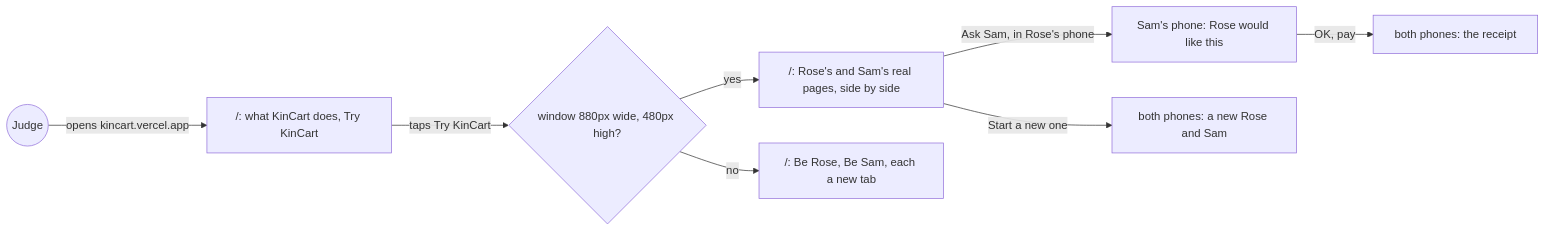
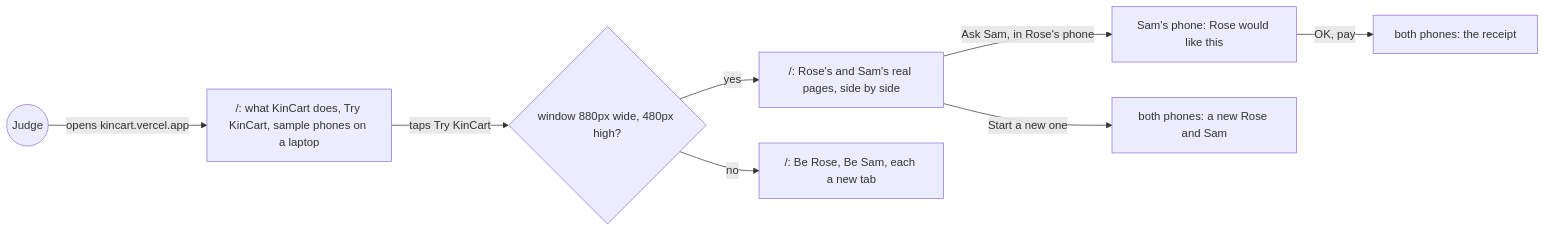
Before and after one commit to dzaffren/kincart: the first of 2 diagrams in docs/specs/demo-home.md, drawn with Mermaid. The commit also changed other lines of this file, not shown here.

````diff
--- a/docs/specs/demo-home.md
+++ b/docs/specs/demo-home.md
@@ -35,10 +35,10 @@
 ```mermaid
 flowchart LR
-    J((Judge)) -- "opens kincart.vercel.app" --> H["/: what KinCart does, Try KinCart"]
+    J((Judge)) -- "opens kincart.vercel.app" --> H["/: what KinCart does, Try KinCart, sample phones on a laptop"]
     H -- "taps Try KinCart" --> W{"window 880px wide, 480px high?"}
     W -- "yes" --> P["/: Rose's and Sam's real pages, side by side"]
     W -- "no" --> B["/: Be Rose, Be Sam, each a new tab"]
     P -- "Ask Sam, in Rose's phone" --> S["Sam's phone: Rose would like this"]
     S -- "OK, pay" --> R["both phones: the receipt"]
     P -- "Start a new one" --> P2["both phones: a new Rose and Sam"]
 ```
````
